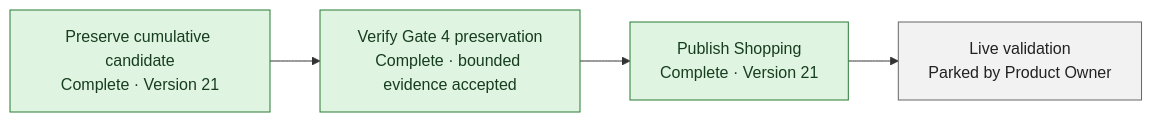
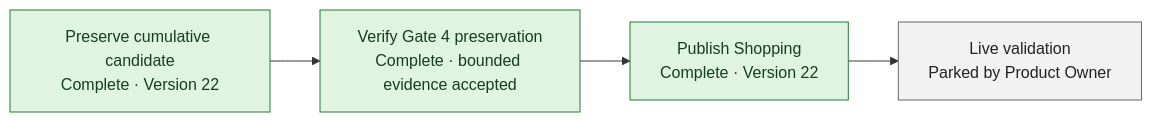
The diagram in docs/PROJECT_DASHBOARD.md (nguyenk06/book-collection-design), drawn with Mermaid before and after one commit. The commit also changed other lines of this file and 12 other files, not shown here.

````diff
--- a/docs/PROJECT_DASHBOARD.md
+++ b/docs/PROJECT_DASHBOARD.md
@@ -30,17 +30,17 @@
 ```mermaid
 flowchart LR
-    A["Preserve cumulative candidate<br/>Complete · Version 21"]
+    A["Preserve cumulative candidate<br/>Complete · Version 22"]
     B["Verify Gate 4 preservation<br/>Complete · bounded evidence accepted"]
-    C["Publish Shopping<br/>Complete · Version 21"]
+    C["Publish Shopping<br/>Complete · Version 22"]
     D["Live validation<br/>Parked by Product Owner"]
 
     A --> B --> C --> D
 
     classDef complete fill:#dff5e1,stroke:#297a35,color:#173d1e
     classDef partial fill:#ffe8cc,stroke:#b35a00,color:#3a2100
     classDef closed fill:#f2f2f2,stroke:#666,color:#222
     class A complete
     class B complete
     class C complete
     class D closed
 ```
````
